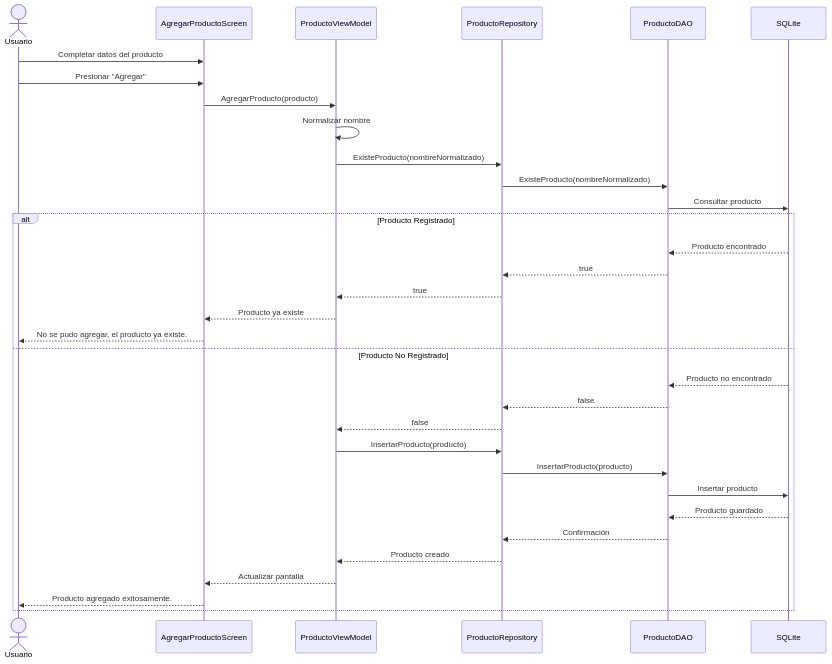
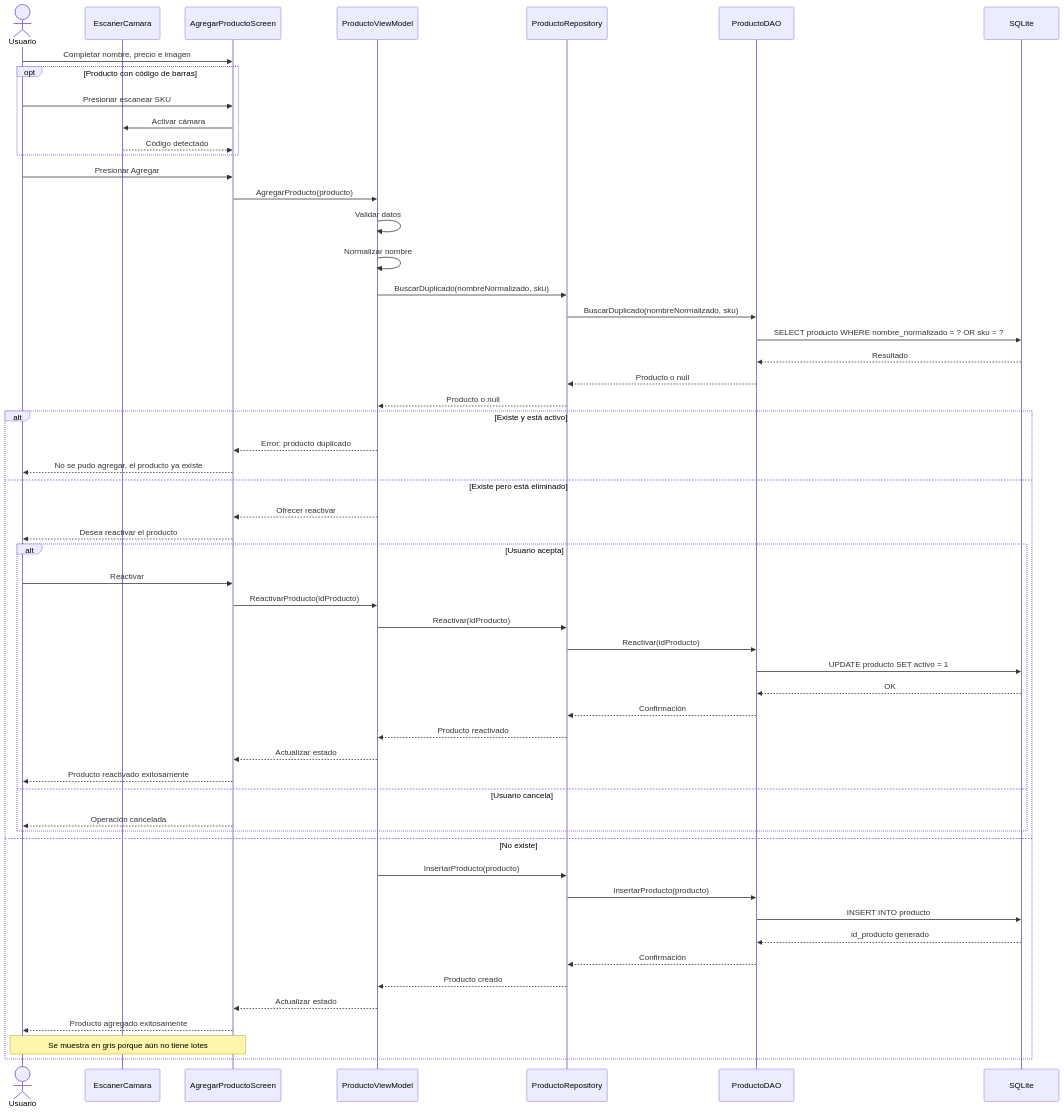
One commit to CokkeDev/Mi-Negocio changed the second of 5 diagrams in README.md. Above: the diagram before and after it, drawn with Mermaid. The commit also changed other lines of this file, not shown here.

Commit message:
docs:readme, modifique ER add SKU Unikey, int activo : 1 active, 0 disable, Modifique Imagen_producto for URL_imagen,add new diagrams especifique new funcionalities

````diff
--- a/README.md
+++ b/README.md
@@ -120,37 +92,59 @@
 ```mermaid
 sequenceDiagram
     actor Usuario
+    participant Scanner as EscanerCamara
     participant Screen as AgregarProductoScreen
     participant VM as ProductoViewModel
     participant Repo as ProductoRepository
     participant DAO as ProductoDAO
     participant DB as SQLite
 
-    Usuario->>Screen: Completar datos del producto
-    Usuario->>Screen: Presionar "Agregar"
+    Usuario->>Screen: Completar nombre, precio e imagen
+    opt Producto con código de barras
+        Usuario->>Screen: Presionar escanear SKU
+        Screen->>Scanner: Activar cámara
+        Scanner-->>Screen: Código detectado
+    end
+    Usuario->>Screen: Presionar Agregar
     Screen->>VM: AgregarProducto(producto)
+    VM->>VM: Validar datos
     VM->>VM: Normalizar nombre
-    VM->>Repo: ExisteProducto(nombreNormalizado)
-    Repo->>DAO: ExisteProducto(nombreNormalizado)
-    DAO->>DB: Consultar producto
+    VM->>Repo: BuscarDuplicado(nombreNormalizado, sku)
+    Repo->>DAO: BuscarDuplicado(nombreNormalizado, sku)
+    DAO->>DB: SELECT producto WHERE nombre_normalizado = ? OR sku = ?
+    DB-->>DAO: Resultado
+    DAO-->>Repo: Producto o null
+    Repo-->>VM: Producto o null
 
-    alt Producto Registrado
-        DB-->>DAO: Producto encontrado
-        DAO-->>Repo: true
-        Repo-->>VM: true
-        VM-->>Screen: Producto ya existe
-        Screen-->>Usuario: No se pudo agregar, el producto ya existe.
-    else Producto No Registrado
-        DB-->>DAO: Producto no encontrado
-        DAO-->>Repo: false
-        Repo-->>VM: false
+    alt Existe y está activo
+        VM-->>Screen: Error: producto duplicado
+        Screen-->>Usuario: No se pudo agregar, el producto ya existe
+    else Existe pero está eliminado
+        VM-->>Screen: Ofrecer reactivar
+        Screen-->>Usuario: Desea reactivar el producto
+        alt Usuario acepta
+            Usuario->>Screen: Reactivar
+            Screen->>VM: ReactivarProducto(idProducto)
+            VM->>Repo: Reactivar(idProducto)
+            Repo->>DAO: Reactivar(idProducto)
+            DAO->>DB: UPDATE producto SET activo = 1
+            DB-->>DAO: OK
+            DAO-->>Repo: Confirmación
+            Repo-->>VM: Producto reactivado
+            VM-->>Screen: Actualizar estado
+            Screen-->>Usuario: Producto reactivado exitosamente
+        else Usuario cancela
+            Screen-->>Usuario: Operación cancelada
+        end
+    else No existe
         VM->>Repo: InsertarProducto(producto)
         Repo->>DAO: InsertarProducto(producto)
-        DAO->>DB: Insertar producto
-        DB-->>DAO: Producto guardado
+        DAO->>DB: INSERT INTO producto
+        DB-->>DAO: id_producto generado
         DAO-->>Repo: Confirmación
         Repo-->>VM: Producto creado
-        VM-->>Screen: Actualizar pantalla
-        Screen-->>Usuario: Producto agregado exitosamente.
+        VM-->>Screen: Actualizar estado
+        Screen-->>Usuario: Producto agregado exitosamente
+        Note over Screen,Usuario: Se muestra en gris porque aún no tiene lotes
     end
 ```
````
